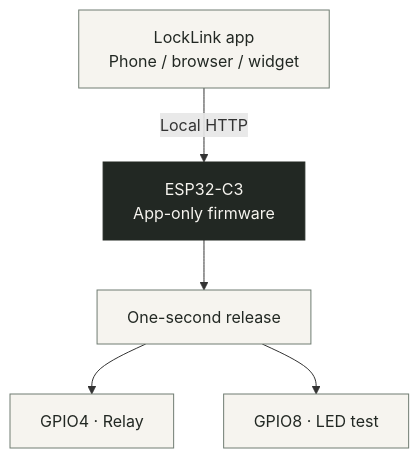
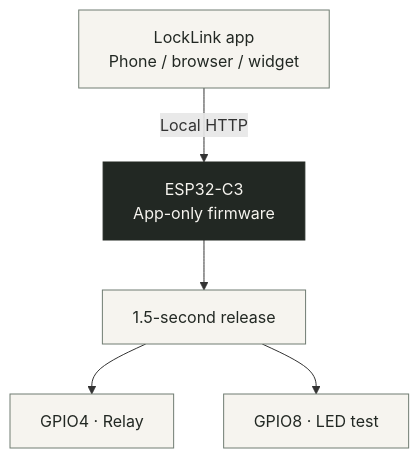
One commit to Vaibhavsh0120/LockLink changed the diagram in README.md. Above: the diagram before and after it, drawn with Mermaid. The commit also changed other lines of this file and 18 other files, not shown here.

````diff
--- a/README.md
+++ b/README.md
@@ -41,10 +41,10 @@
 ```mermaid
 flowchart TD
     app["LockLink app<br/>Phone / browser / widget"] -->|Local HTTP| device["ESP32-C3<br/>App-only firmware"]
-    device --> pulse["One-second release"]
+    device --> pulse["1.5-second release"]
     pulse --> relay["GPIO4 · Relay"]
     pulse --> led["GPIO8 · LED test"]
     classDef default fill:#f6f4ef,stroke:#707c72,color:#222823
     classDef controller fill:#222823,stroke:#222823,color:#f6f4ef
     class device controller
 ```
````
